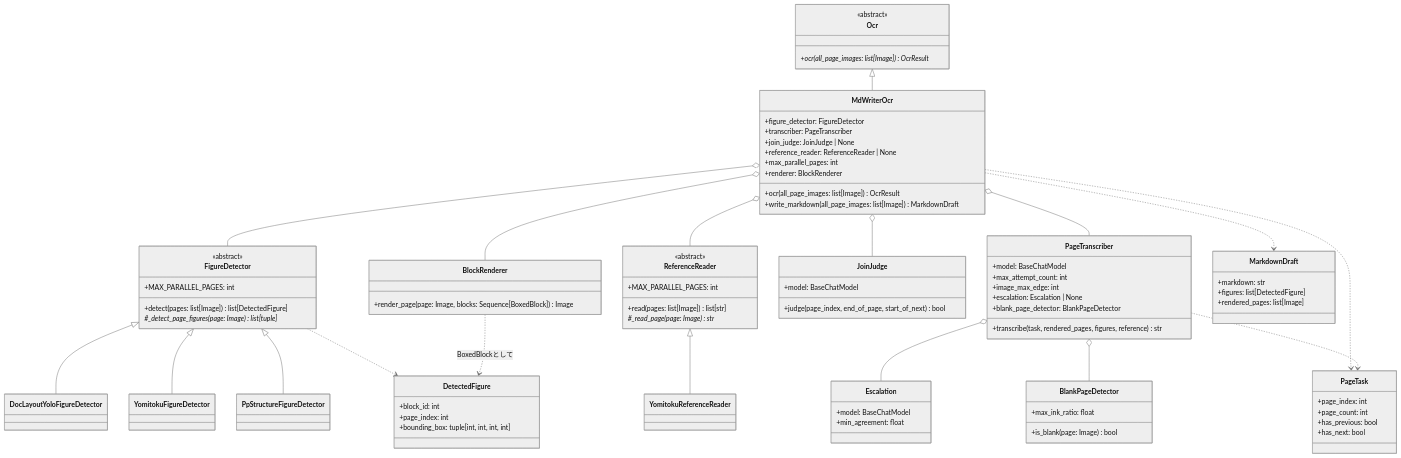
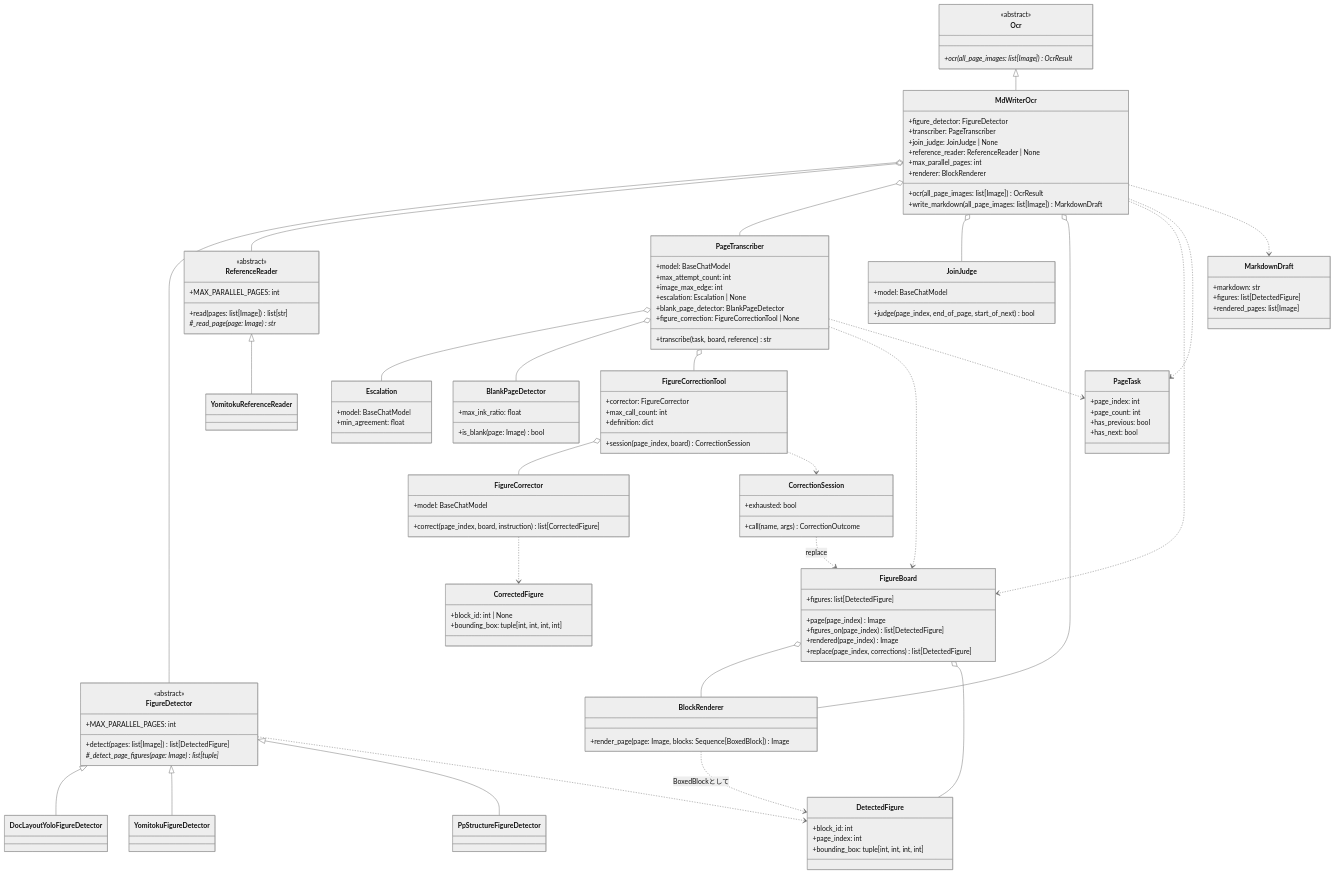
The first of 4 diagrams in Uploader/OcrModule/MdWriter/Docs/MdWriterOcr.ja.md (konbraphat51/SuperSuat), drawn with Mermaid (neutral theme) before and after one commit. The commit also changed other lines of this file and 3 other files, not shown here.

Commit message:
docs: describe the figure correction and the FigureBoard, with class and sequence diagrams

```diff
--- a/Uploader/OcrModule/MdWriter/Docs/MdWriterOcr.ja.md
+++ b/Uploader/OcrModule/MdWriter/Docs/MdWriterOcr.ja.md
@@ -50,7 +53,33 @@
         +image_max_edge: int
         +escalation: Escalation | None
         +blank_page_detector: BlankPageDetector
-        +transcribe(task, rendered_pages, figures, reference) str
+        +figure_correction: FigureCorrectionTool | None
+        +transcribe(task, board, reference) str
+    }
+    class FigureBoard {
+        +figures: list[DetectedFigure]
+        +page(page_index) Image
+        +figures_on(page_index) list[DetectedFigure]
+        +rendered(page_index) Image
+        +replace(page_index, corrections) list[DetectedFigure]
+    }
+    class FigureCorrectionTool {
+        +corrector: FigureCorrector
+        +max_call_count: int
+        +definition: dict
+        +session(page_index, board) CorrectionSession
+    }
+    class CorrectionSession {
+        +exhausted: bool
+        +call(name, args) CorrectionOutcome
+    }
+    class FigureCorrector {
+        +model: BaseChatModel
+        +correct(page_index, board, instruction) list[CorrectedFigure]
+    }
+    class CorrectedFigure {
+        +block_id: int | None
+        +bounding_box: tuple[int, int, int, int]
     }
     class BlankPageDetector {
         +max_ink_ratio: float
@@ -95,6 +124,15 @@
     MdWriterOcr o-- BlockRenderer
     PageTranscriber o-- Escalation
     PageTranscriber o-- BlankPageDetector
+    PageTranscriber o-- FigureCorrectionTool
+    PageTranscriber ..> FigureBoard
+    FigureCorrectionTool o-- FigureCorrector
+    FigureCorrectionTool ..> CorrectionSession
+    CorrectionSession ..> FigureBoard : replace
+    FigureCorrector ..> CorrectedFigure
+    MdWriterOcr ..> FigureBoard
+    FigureBoard o-- BlockRenderer
+    FigureBoard o-- DetectedFigure
     MdWriterOcr ..> PageTask
     MdWriterOcr ..> MarkdownDraft
     FigureDetector ..> DetectedFigure
```
